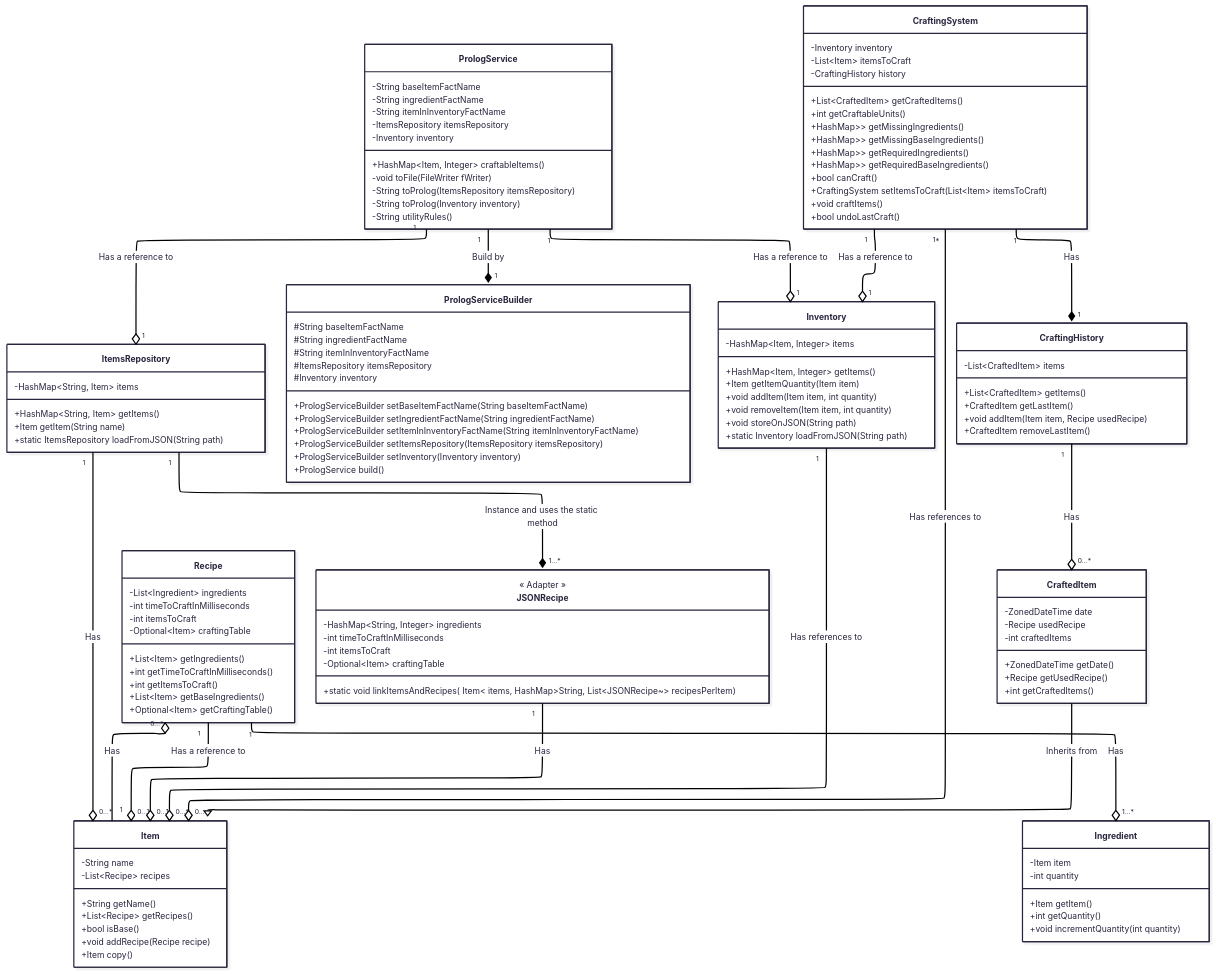
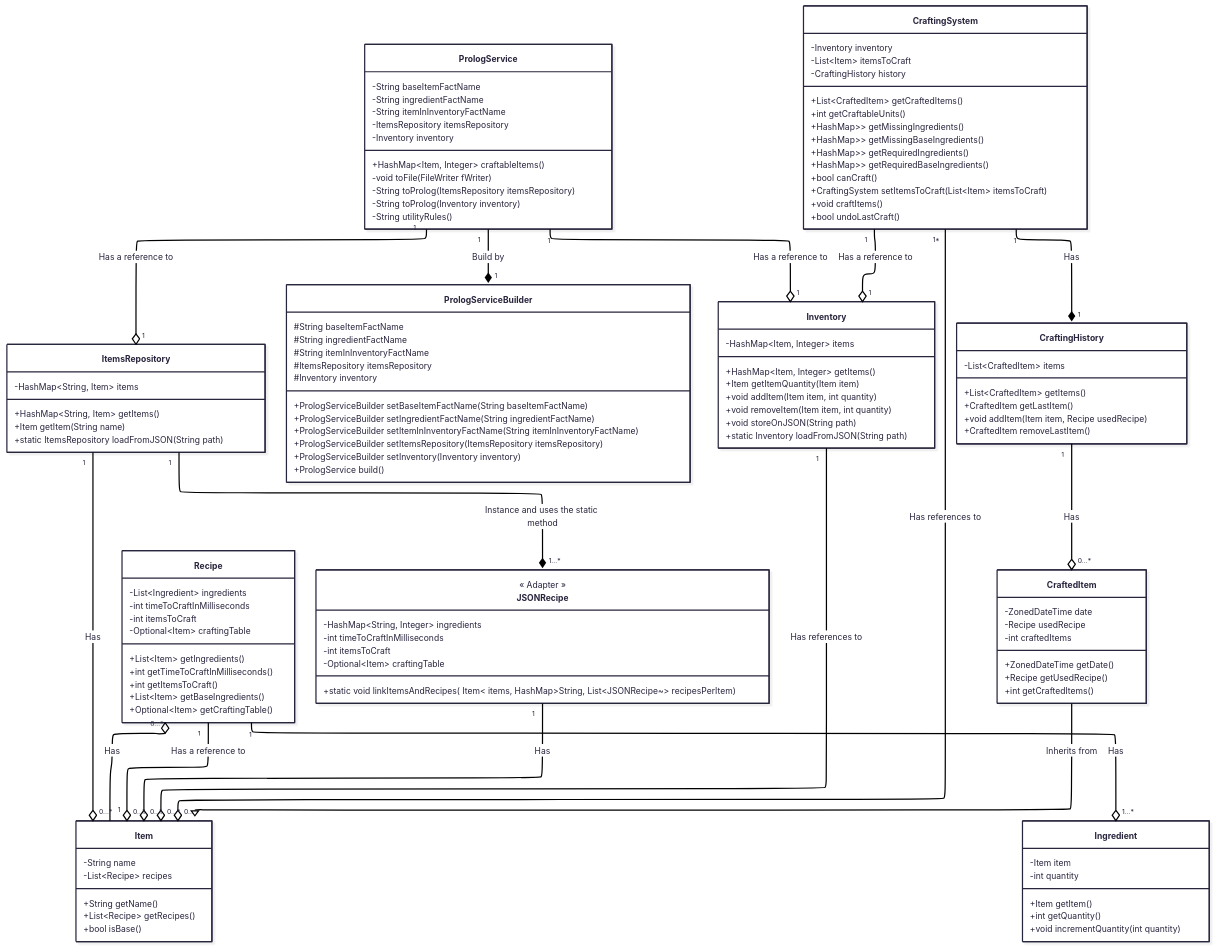
The first of 2 diagrams in README.md (hozlucas28/Java-Practical-Work-2025), drawn with Mermaid before and after one commit. The commit also changed 2 other files, not shown here.

Commit message:
chore(Item): remove `addRecipe` and `copy` methods

```diff
--- a/README.md
+++ b/README.md
@@ -156,8 +156,6 @@
 	    +String getName()
 	    +List~Recipe~ getRecipes()
 	    +bool isBase()
-        +void addRecipe(Recipe recipe)
-        +Item copy()
     }
 
     class Recipe {
```
